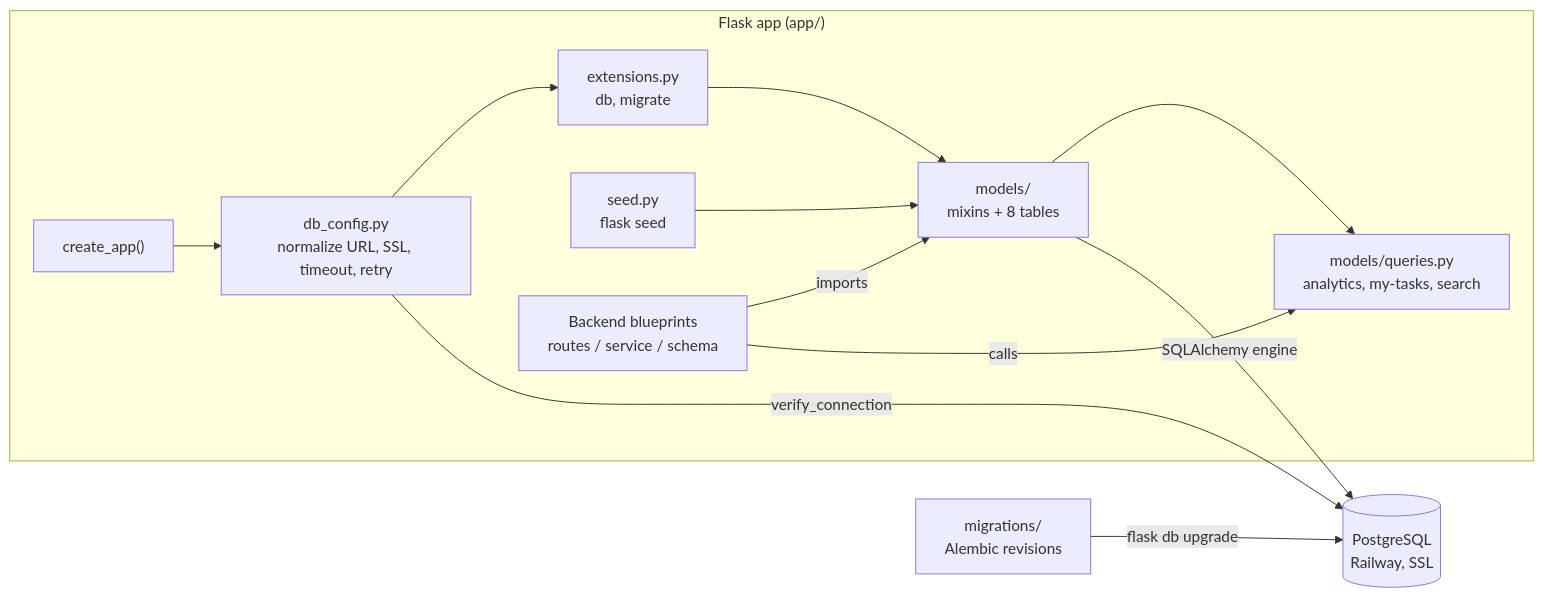
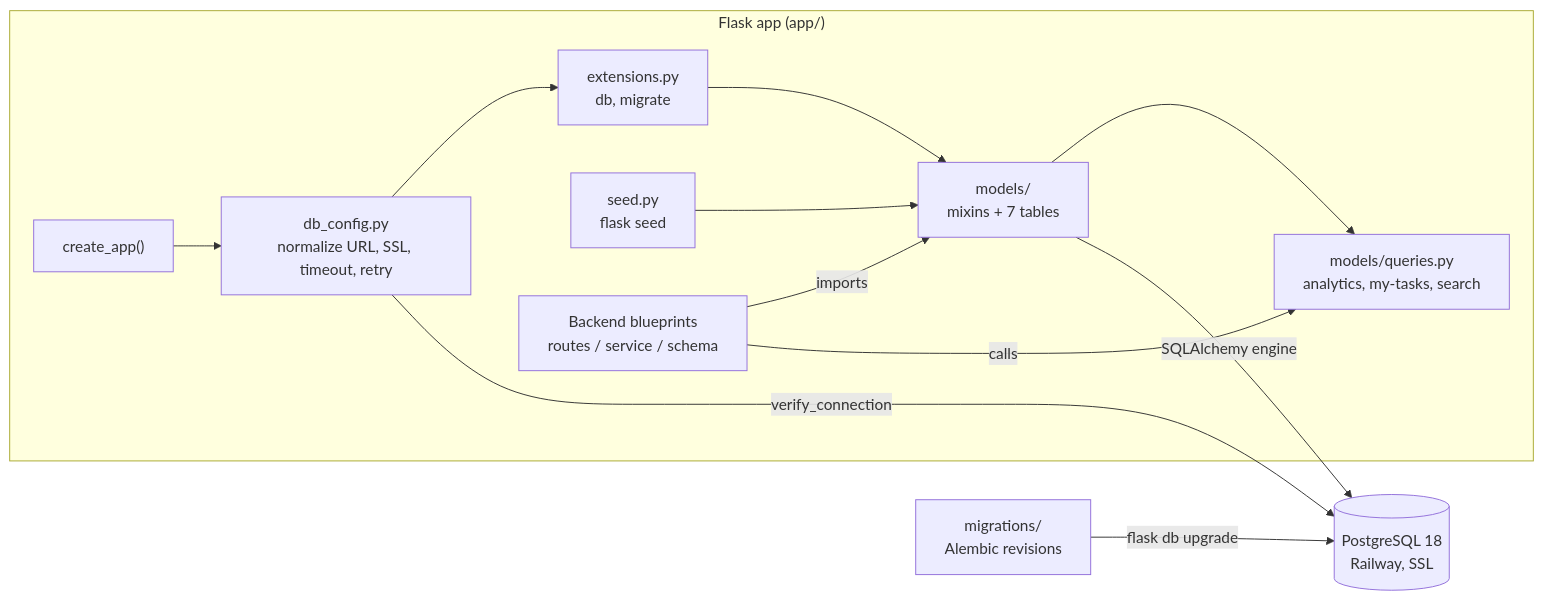
The first of 2 diagrams in .kiro/specs/database/design.md (Revou-FSSE-Jun26/module-4-alzedmkrom), drawn with Mermaid before and after one commit. The commit also changed other lines of this file and 8 other files, not shown here.

````diff
--- a/.kiro/specs/database/design.md
+++ b/.kiro/specs/database/design.md
@@ -35,24 +51,24 @@
 ```mermaid
 flowchart LR
     subgraph App["Flask app (app/)"]
         CA["create_app()"]
         CFG["db_config.py<br/>normalize URL, SSL, timeout, retry"]
         EXT["extensions.py<br/>db, migrate"]
-        M["models/<br/>mixins + 8 tables"]
+        M["models/<br/>mixins + 7 tables"]
         Q["models/queries.py<br/>analytics, my-tasks, search"]
         SEED["seed.py<br/>flask seed"]
         BE["Backend blueprints<br/>routes / service / schema"]
     end
     MIG["migrations/<br/>Alembic revisions"]
-    PG[("PostgreSQL<br/>Railway, SSL")]
+    PG[("PostgreSQL 18<br/>Railway, SSL")]
 
     CA --> CFG --> EXT
     EXT --> M
     M --> Q
     BE -->|imports| M
     BE -->|calls| Q
     SEED --> M
     MIG -->|flask db upgrade| PG
     M -->|SQLAlchemy engine| PG
     CFG -->|verify_connection| PG
 ```
````
